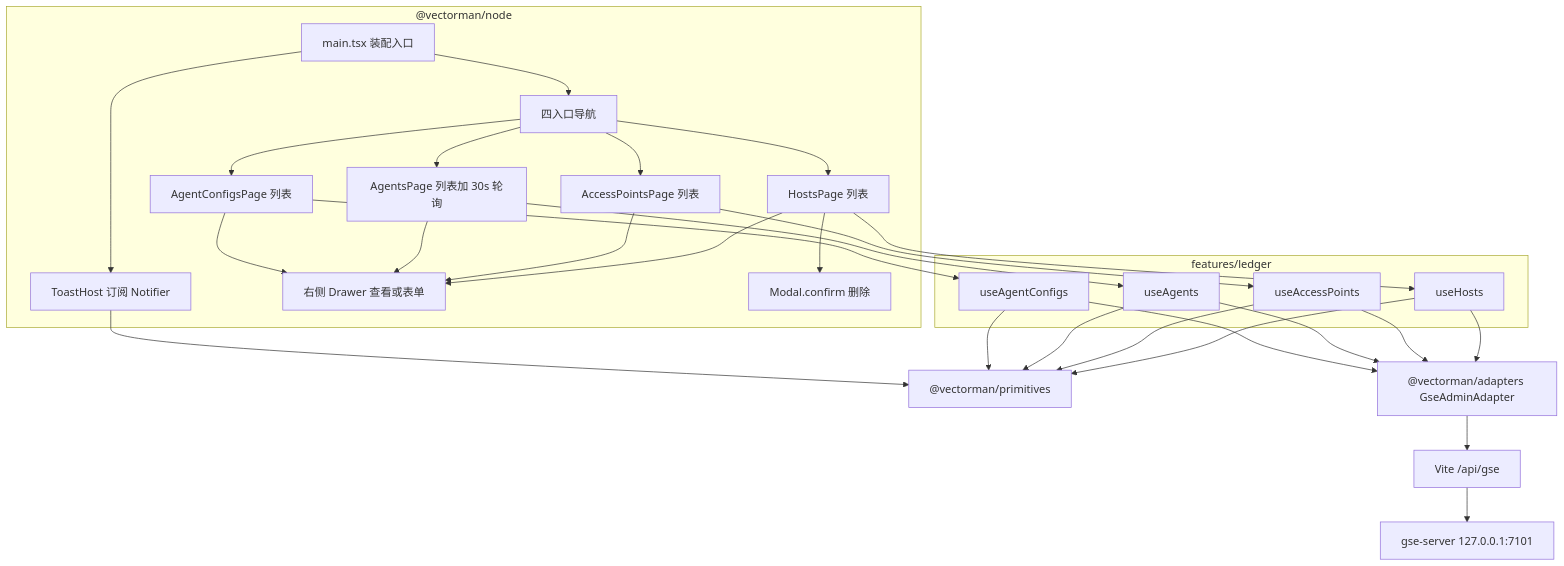
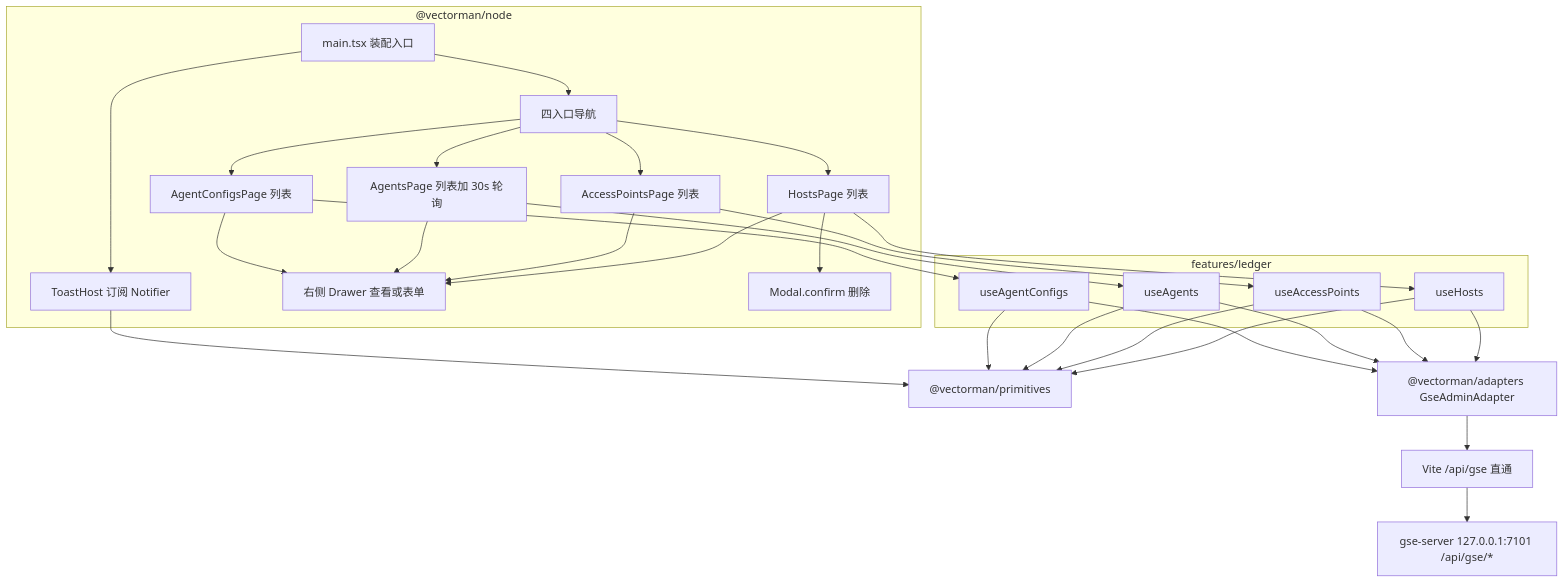
Before and after one commit to abrance/vectorman: the diagram in .monkeycode/specs/gse-node-app/design.md, drawn with Mermaid. The commit also changed other lines of this file and 81 other files, not shown here.

Commit message:
feat: gse-server 单端口托管前端 dist，台账 API 迁至 /api/gse 前缀 Co-authored-by: monkeycode-ai <monkeycode-ai@chaitin.com>

````diff
--- a/.monkeycode/specs/gse-node-app/design.md
+++ b/.monkeycode/specs/gse-node-app/design.md
@@ -14,50 +14,50 @@
 ```mermaid
 graph TD
     subgraph app ["@vectorman/node"]
         MAIN["main.tsx 装配入口"]
         TOAST["ToastHost 订阅 Notifier"]
         NAV["四入口导航"]
         HOSTS["HostsPage 列表"]
         APS["AccessPointsPage 列表"]
         AGENTS["AgentsPage 列表加 30s 轮询"]
         CFGS["AgentConfigsPage 列表"]
         DRAWER["右侧 Drawer 查看或表单"]
         MODAL["Modal.confirm 删除"]
     end
     subgraph features ["features/ledger"]
         HOSTF["useHosts"]
         APF["useAccessPoints"]
         AGF["useAgents"]
         CFGF["useAgentConfigs"]
     end
     PRIM["@vectorman/primitives"]
     ADAPT["@vectorman/adapters GseAdminAdapter"]
-    PROXY["Vite /api/gse"]
-    GSE["gse-server 127.0.0.1:7101"]
+    PROXY["Vite /api/gse 直通"]
+    GSE["gse-server 127.0.0.1:7101 /api/gse/*"]
     MAIN --> TOAST
     MAIN --> NAV
     NAV --> HOSTS
     NAV --> APS
     NAV --> AGENTS
     NAV --> CFGS
     HOSTS --> DRAWER
     HOSTS --> MODAL
     APS --> DRAWER
     AGENTS --> DRAWER
     CFGS --> DRAWER
     HOSTS --> HOSTF
     APS --> APF
     AGENTS --> AGF
     CFGS --> CFGF
     HOSTF --> ADAPT
     APF --> ADAPT
     AGF --> ADAPT
     CFGF --> ADAPT
     HOSTF --> PRIM
     APF --> PRIM
     AGF --> PRIM
     CFGF --> PRIM
     TOAST --> PRIM
     ADAPT --> PROXY
     PROXY --> GSE
 ```
````
